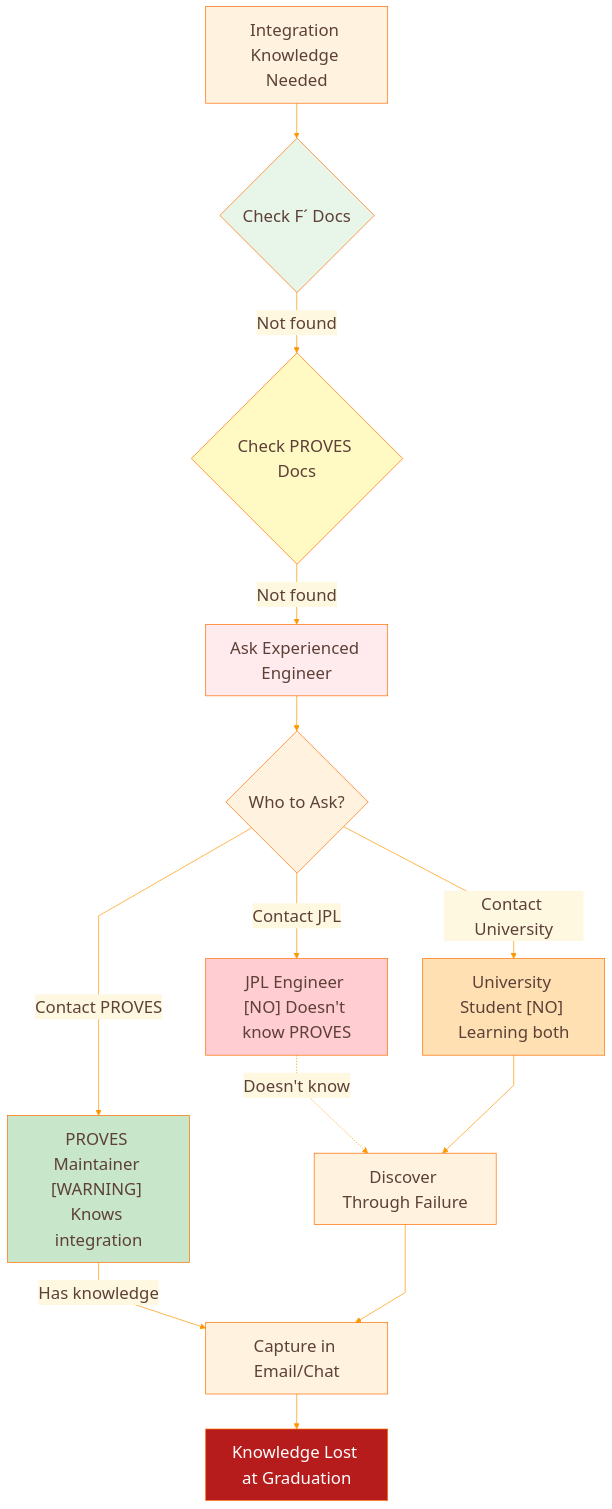
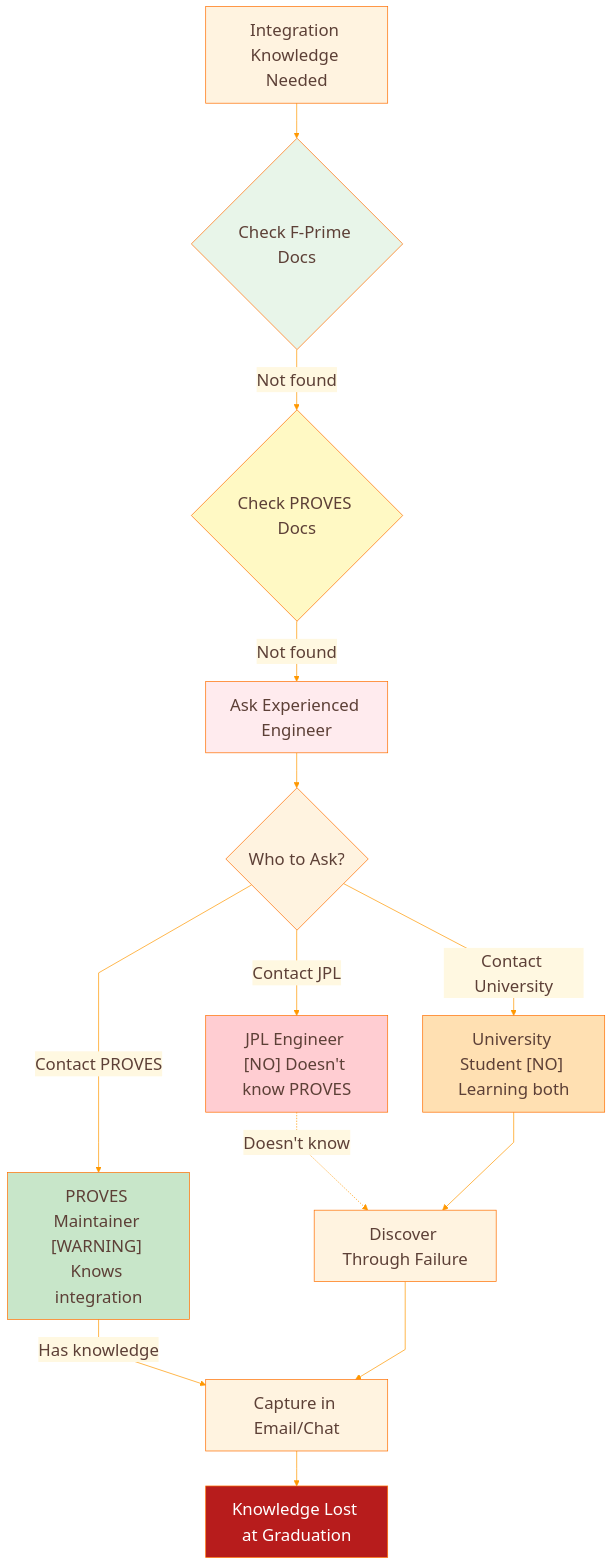
Before and after one commit to Lizo-RoadTown/PROVES_LIBRARY: the third of 9 diagrams in docs/diagrams/team-boundaries.md, drawn with Mermaid. The commit also changed other lines of this file and 5 other files, not shown here.

```diff
--- a/docs/diagrams/team-boundaries.md
+++ b/docs/diagrams/team-boundaries.md
@@ -738,7 +738,7 @@
 flowchart TB
     START[Integration Knowledge Needed]
 
-    DOC_F{Check F´ Docs}
+    DOC_F{Check F-Prime Docs}
     DOC_P{Check PROVES Docs}
 
     TRIBAL[Ask Experienced Engineer]
```
